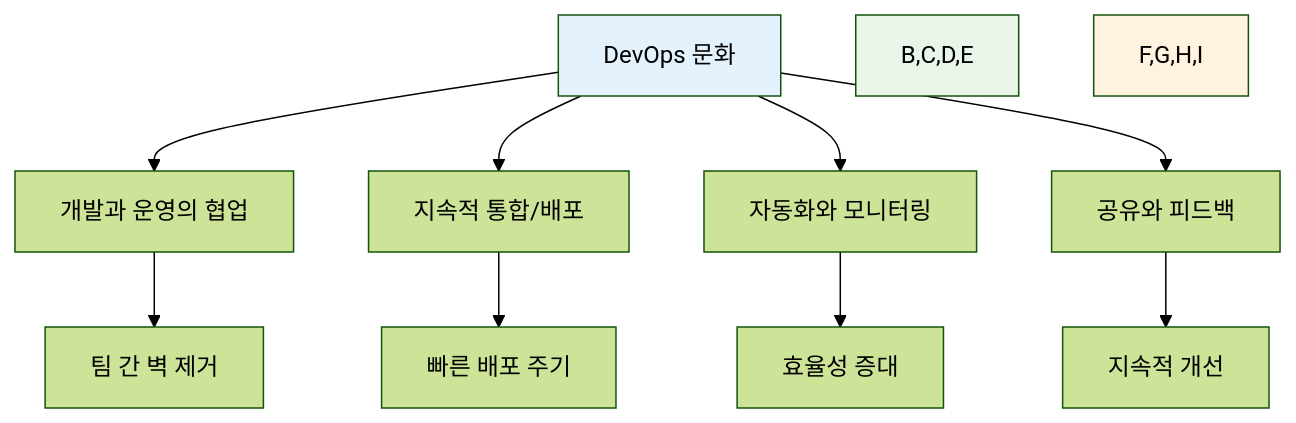
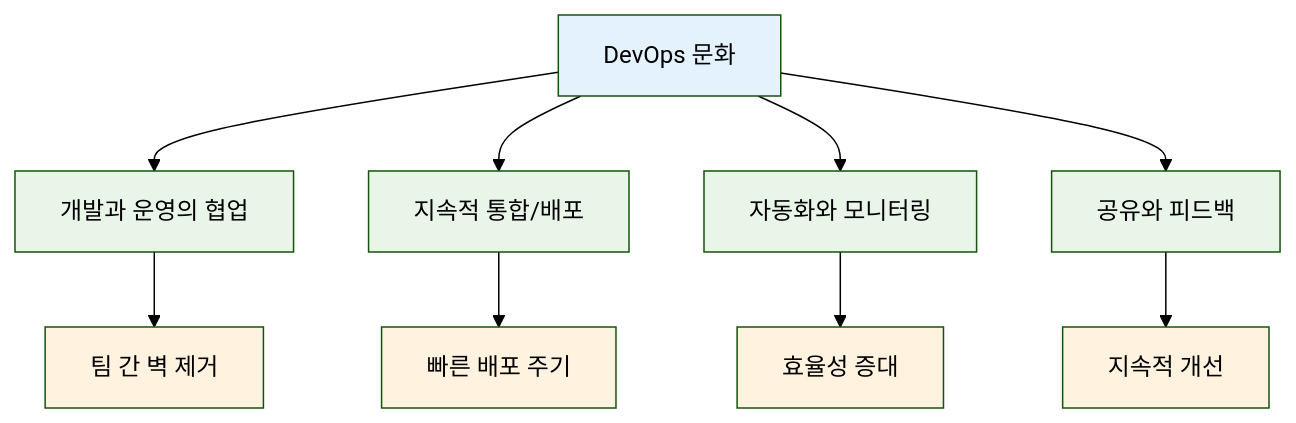
The diagram in theory/week_01/day1/README.md (niceguy61/kdt_devops_lecture_2025), drawn with Mermaid (forest theme) before and after one commit. The commit also changed 1 other file, not shown here.

````diff
--- a/theory/week_01/day1/README.md
+++ b/theory/week_01/day1/README.md
@@ -87,16 +87,22 @@
 ```mermaid
 graph TB
     A[DevOps 문화] --> B[개발과 운영의 협업]
     A --> C[지속적 통합/배포]
     A --> D[자동화와 모니터링]
     A --> E[공유와 피드백]
     
     B --> F[팀 간 벽 제거]
     C --> G[빠른 배포 주기]
     D --> H[효율성 증대]
     E --> I[지속적 개선]
     
     style A fill:#e3f2fd
-    style B,C,D,E fill:#e8f5e8
-    style F,G,H,I fill:#fff3e0
+    style B fill:#e8f5e8
+    style C fill:#e8f5e8
+    style D fill:#e8f5e8
+    style E fill:#e8f5e8
+    style F fill:#fff3e0
+    style G fill:#fff3e0
+    style H fill:#fff3e0
+    style I fill:#fff3e0
 ```
````
